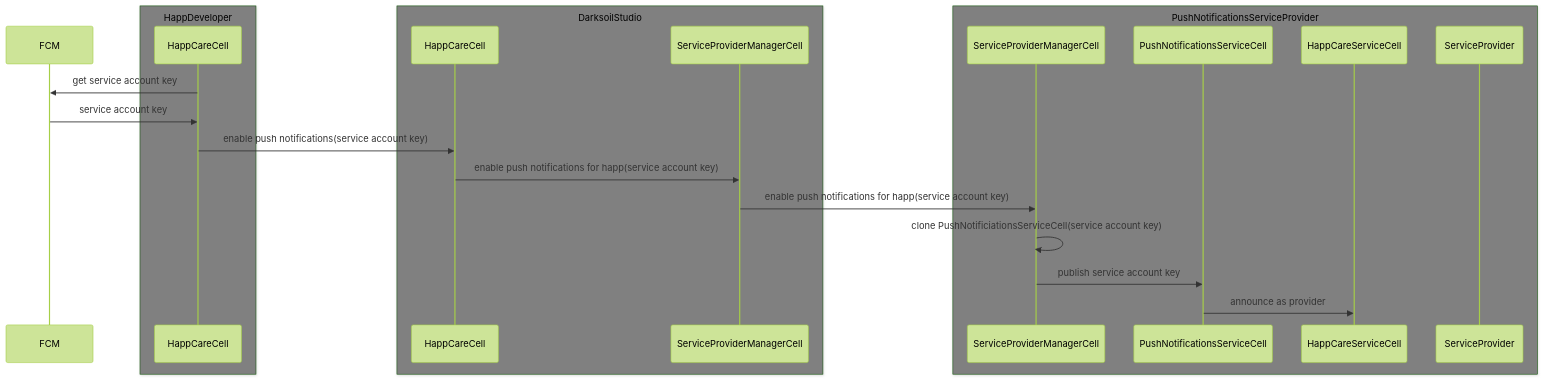
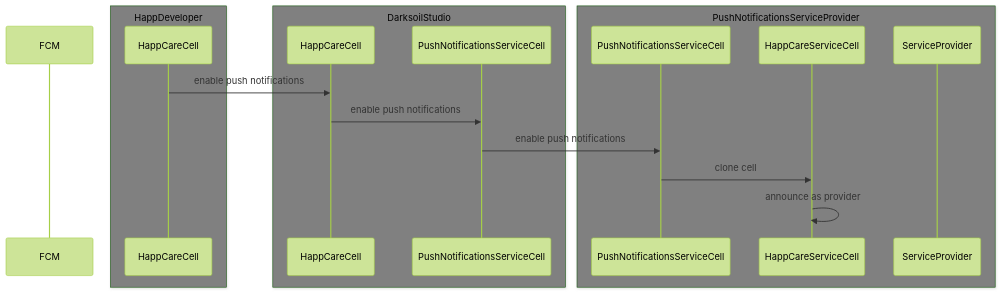
One commit to darksoil-studio/push-notifications-service changed the second of 5 diagrams in docs/push-notification-flow.md. Above: the diagram before and after it, drawn with Mermaid (forest theme). The commit also changed other lines of this file and 3 other files, not shown here.

````diff
--- a/docs/push-notification-flow.md
+++ b/docs/push-notification-flow.md
@@ -28,30 +26,27 @@
 ```mermaid
 sequenceDiagram
 
 participant FCM
 
 box grey HappDeveloper
     participant HDHC as HappCareCell
 end
 
 box grey DarksoilStudio
     participant DSHC as HappCareCell
-    participant DSSPMC as ServiceProviderManagerCell
+    participant DSPNS as PushNotificationsServiceCell
 end
 
 box grey PushNotificationsServiceProvider
-    participant PNSPSPMC as ServiceProviderManagerCell
-    participant PNSC as PushNotificationsServiceCell
+    participant PNSPPNS as PushNotificationsServiceCell
     participant PNSPSC as HappCareServiceCell
     participant PNSP as ServiceProvider
 end
 
-HDHC->>FCM: get service account key
-FCM->>HDHC: service account key
-HDHC->>DSHC: enable push notifications(service account key)
-DSHC->>DSSPMC: enable push notifications for happ(service account key)
-DSSPMC->>PNSPSPMC: enable push notifications for happ(service account key)
-PNSPSPMC->>PNSPSPMC: clone PushNotificiationsServiceCell(service account key)
-PNSPSPMC->>PNSC: publish service account key
-PNSC->>PNSPSC: announce as provider
+HDHC->>DSHC: enable push notifications
+DSHC->>DSPNS: enable push notifications
+DSPNS->>PNSPPNS: enable push notifications
+PNSPPNS->>PNSPSC: clone cell
+PNSPSC->>PNSPSC: announce as provider
+
 ```
````
